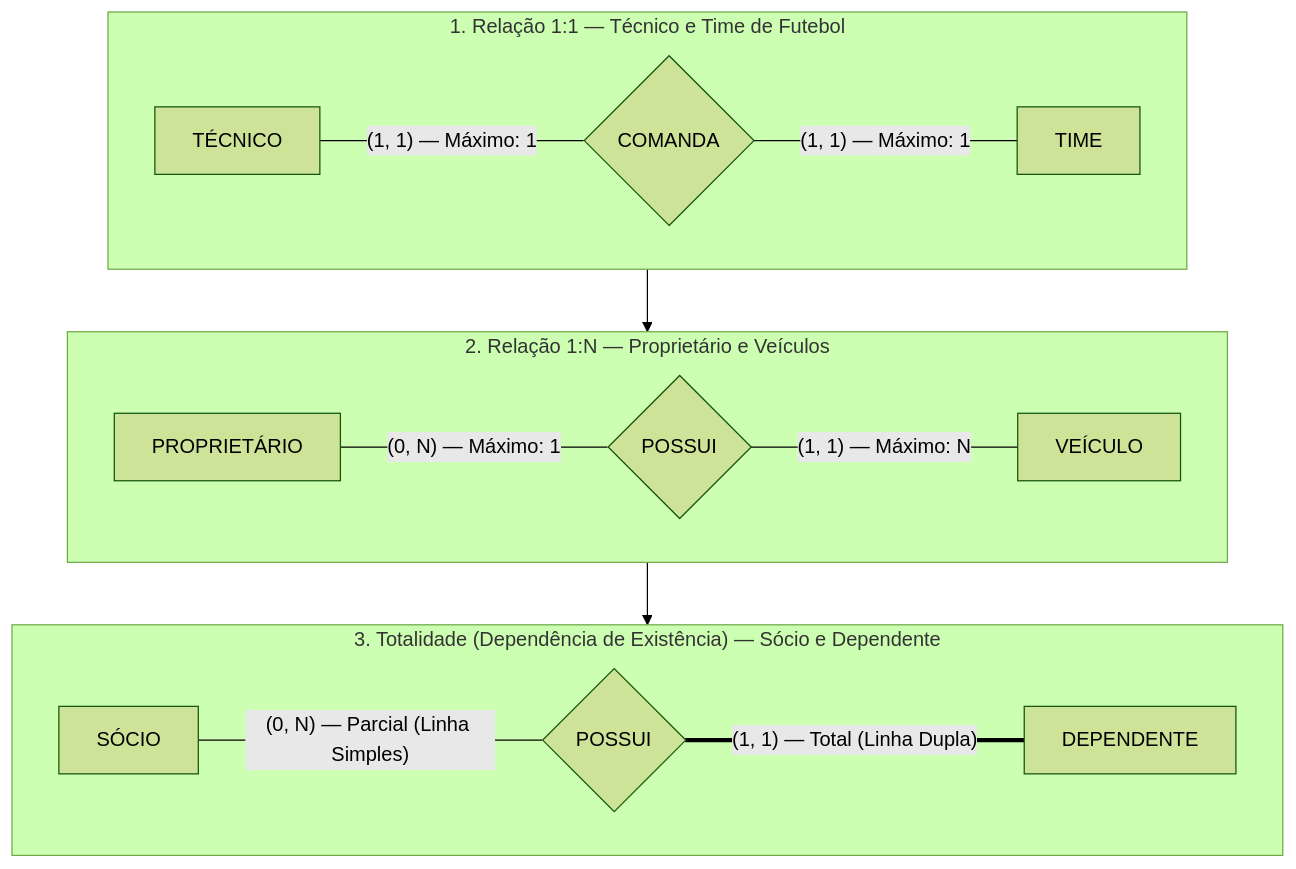
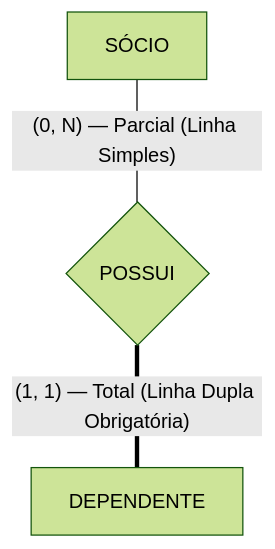
The third of 13 diagrams in 02. Modelagem de Dados/06. Modelagem de relacionamentos, cardinalidade e restrições de participação.md (leorruas/puc), drawn with Mermaid (forest theme) before and after one commit. The commit also changed other lines of this file, not shown here.

Commit message:
style(modelagem-dados): split grouped subgraphs into standalone vertical diagrams in article 06

````diff
--- a/02. Modelagem de Dados/06. Modelagem de relacionamentos, cardinalidade e restrições de participação.md
+++ b/02. Modelagem de Dados/06. Modelagem de relacionamentos, cardinalidade e restrições de participação.md
@@ -44,19 +69,5 @@
 ```mermaid
 flowchart TD
-    subgraph Subgraph1Para1["1. Relação 1:1 — Técnico e Time de Futebol"]
-        Tec["TÉCNICO"] ---|"(1, 1) — Máximo: 1"| RelTec{"COMANDA"}
-        RelTec ---|"(1, 1) — Máximo: 1"| Time["TIME"]
-    end
-
-    subgraph Subgraph1ParaN["2. Relação 1:N — Proprietário e Veículos"]
-        Prop["PROPRIETÁRIO"] ---|"(0, N) — Máximo: 1"| RelProp{"POSSUI"}
-        RelProp ---|"(1, 1) — Máximo: N"| Veic["VEÍCULO"]
-    end
-
-    subgraph SubgraphTotalidade["3. Totalidade (Dependência de Existência) — Sócio e Dependente"]
-        Socio["SÓCIO"] ---|"(0, N) — Parcial (Linha Simples)"| RelDep{"POSSUI"}
-        RelDep ===|"(1, 1) — Total (Linha Dupla)"| Dep["DEPENDENTE"]
-    end
-
-    Subgraph1Para1 --> Subgraph1ParaN --> SubgraphTotalidade
+    Socio["SÓCIO"] ---|"(0, N) — Parcial (Linha Simples)"| RelDep{"POSSUI"}
+    RelDep ===|"(1, 1) — Total (Linha Dupla Obrigatória)"| Dep["DEPENDENTE"]
 ```
````
